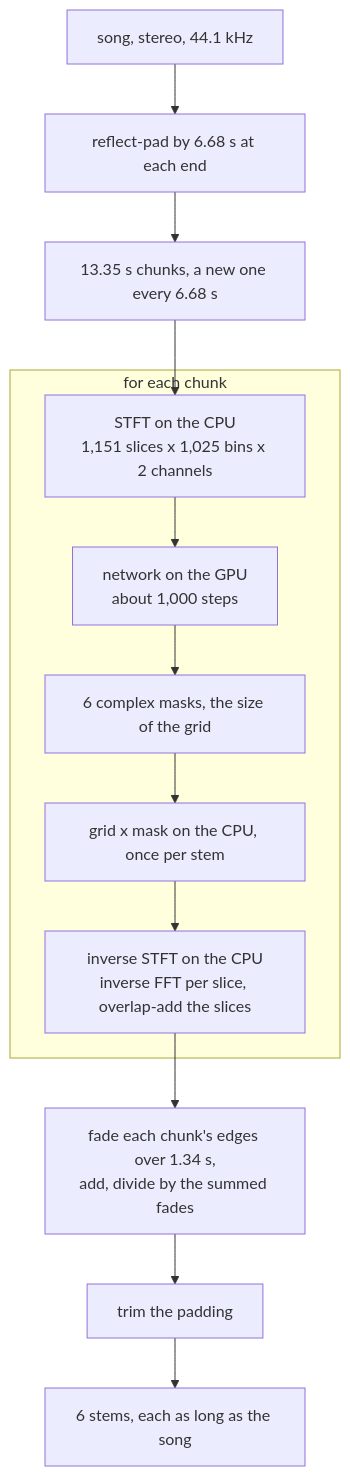
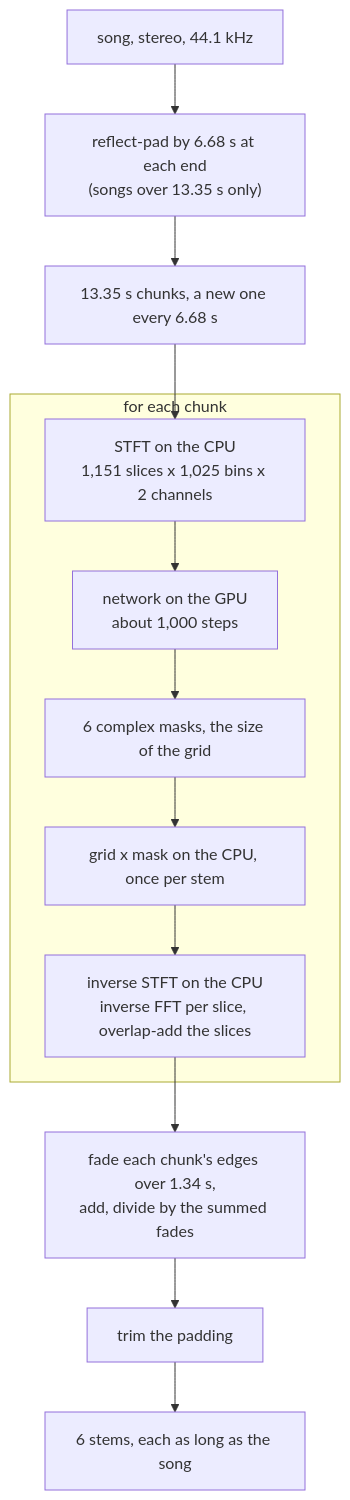
Before and after one commit to lloydmeta/stemyla: the second of 4 diagrams in docs/ARCHITECTURE.md, drawn with Mermaid. The commit also changed other lines of this file, not shown here.

````diff
--- a/docs/ARCHITECTURE.md
+++ b/docs/ARCHITECTURE.md
@@ -49,17 +49,17 @@
 ```mermaid
 flowchart TD
-  SONG["song, stereo, 44.1 kHz"] --> PAD["reflect-pad by 6.68 s at each end"]
+  SONG["song, stereo, 44.1 kHz"] --> PAD["reflect-pad by 6.68 s at each end<br/>(songs over 13.35 s only)"]
   PAD --> CUT["13.35 s chunks, a new one every 6.68 s"]
   subgraph chunk["for each chunk"]
     STFT["STFT on the CPU<br/>1,151 slices x 1,025 bins x 2 channels"]
     NET["network on the GPU<br/>about 1,000 steps"]
     MASKS["6 complex masks, the size of the grid"]
     APPLY["grid x mask on the CPU, once per stem"]
     ISTFT["inverse STFT on the CPU<br/>inverse FFT per slice, overlap-add the slices"]
     STFT --> NET --> MASKS --> APPLY --> ISTFT
   end
   CUT --> STFT
   ISTFT --> XF["fade each chunk's edges over 1.34 s,<br/>add, divide by the summed fades"]
   XF --> TRIM["trim the padding"]
   TRIM --> STEMS["6 stems, each as long as the song"]
 ```
````
